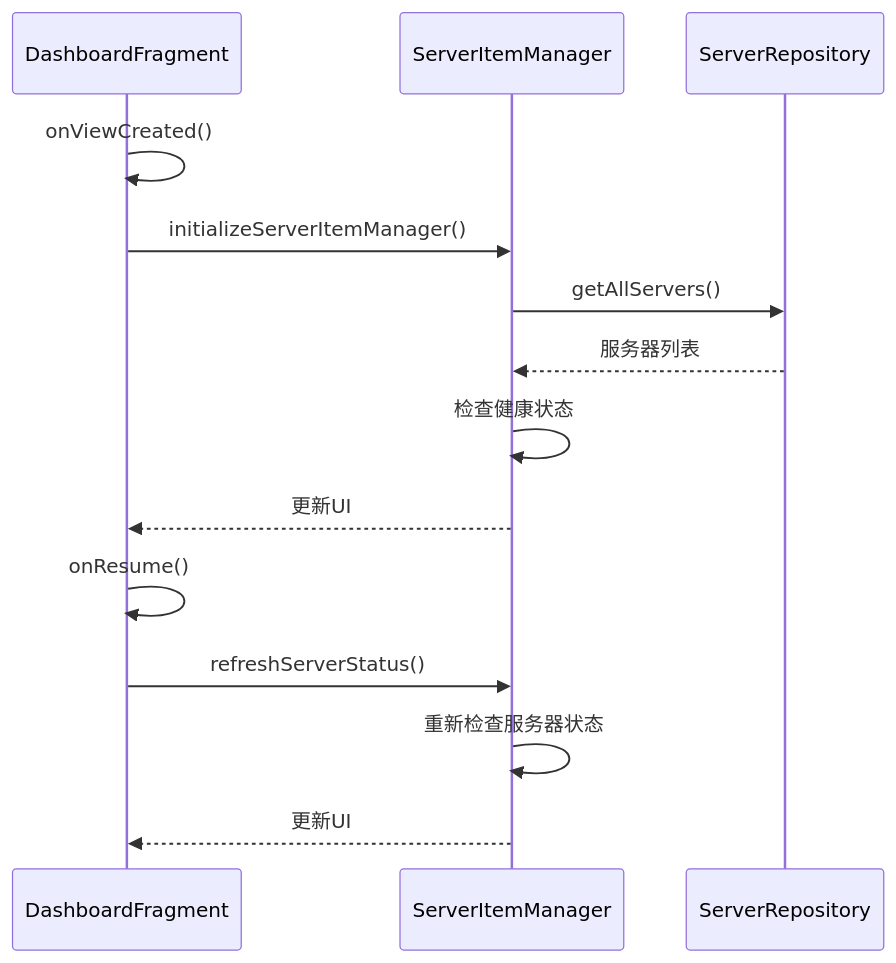
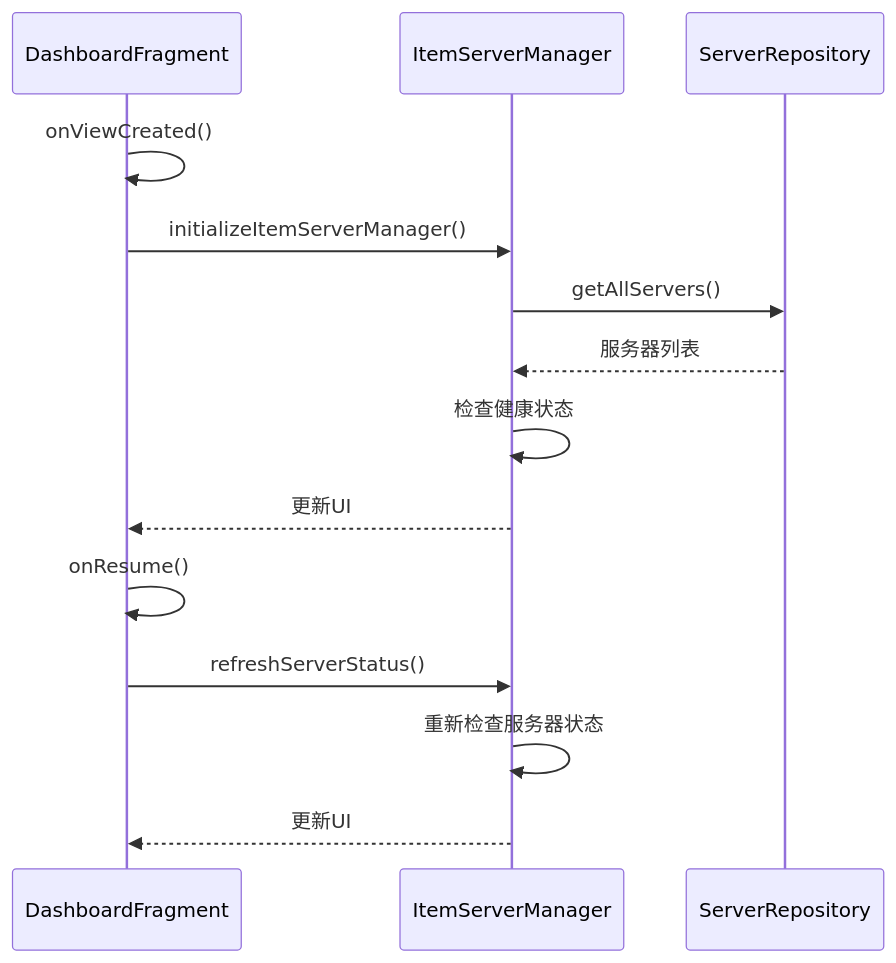
Before and after one commit to terminail/autodroid: diagram 15 of 23 in autodroid-trader-app/docs/DESIGN.md, drawn with Mermaid. The commit also changed other lines of this file and 21 other files, not shown here.

````diff
--- a/autodroid-trader-app/docs/DESIGN.md
+++ b/autodroid-trader-app/docs/DESIGN.md
@@ -824,18 +824,18 @@
 ```mermaid
 sequenceDiagram
     participant D as DashboardFragment
-    participant S as ServerItemManager
+    participant S as ItemServerManager
     participant R as ServerRepository
     
     D->>D: onViewCreated()
-    D->>S: initializeServerItemManager()
+    D->>S: initializeItemServerManager()
     S->>R: getAllServers()
     R-->>S: 服务器列表
     S->>S: 检查健康状态
     S-->>D: 更新UI
     
     D->>D: onResume()
     D->>S: refreshServerStatus()
     S->>S: 重新检查服务器状态
     S-->>D: 更新UI
 ```
````
